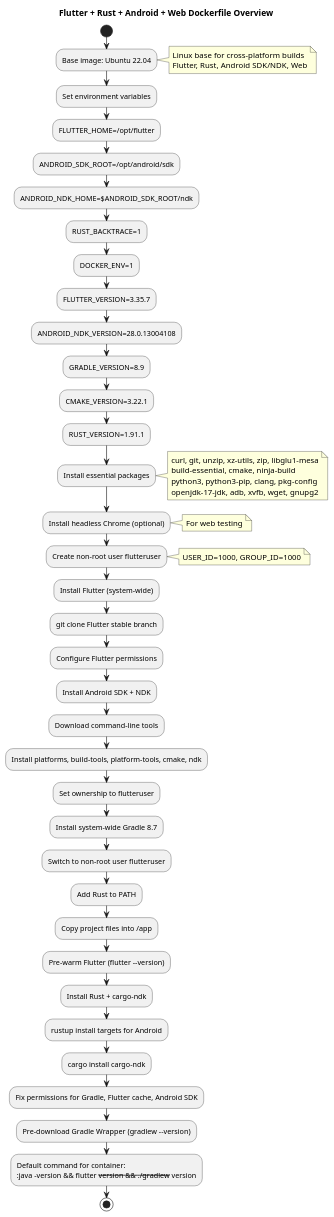
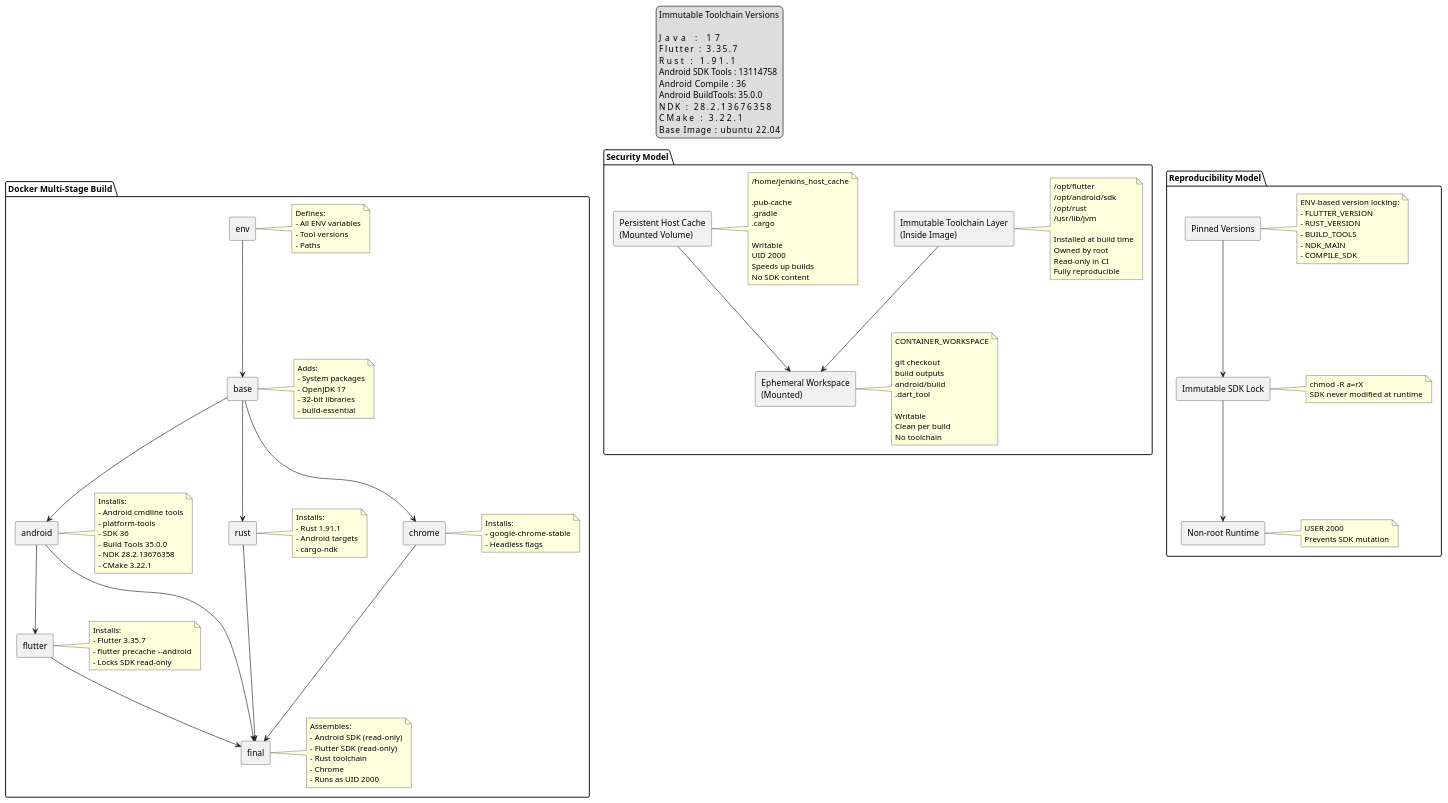
Before and after one commit to MirkoThulke/Dart_Flutter_Sudoku: the diagram in Dockerfile.puml, drawn with PlantUML. The commit also changed 28 other files, not shown here.

Commit message:
Doc: update of PlantUml

```diff
--- a/Dockerfile.puml
+++ b/Dockerfile.puml
@@ -1,88 +1,190 @@
 @startuml
-title Flutter + Rust + Android + Web Dockerfile Overview
 
-start
+skinparam componentStyle rectangle
+skinparam shadowing false
+skinparam nodesep 60
+skinparam ranksep 80
 
-:Base image: Ubuntu 22.04;
-note right
-Linux base for cross-platform builds
-Flutter, Rust, Android SDK/NDK, Web
-end note
+top to bottom direction
 
-' ----------------------------------------
-:Set environment variables;
-:FLUTTER_HOME=/opt/flutter;
-:ANDROID_SDK_ROOT=/opt/android/sdk;
-:ANDROID_NDK_HOME=$ANDROID_SDK_ROOT/ndk;
-:RUST_BACKTRACE=1;
-:DOCKER_ENV=1;
-' Locked versions for reproducibility
-:FLUTTER_VERSION=3.35.7;
-:ANDROID_NDK_VERSION=28.0.13004108;
-:GRADLE_VERSION=8.9;
-:CMAKE_VERSION=3.22.1;
-:RUST_VERSION=1.91.1;
+legend top
+Immutable Toolchain Versions
 
-' ----------------------------------------
-:Install essential packages;
-note right
-curl, git, unzip, xz-utils, zip, libglu1-mesa
-build-essential, cmake, ninja-build
-python3, python3-pip, clang, pkg-config
-openjdk-17-jdk, adb, xvfb, wget, gnupg2
-end note
+Java              : 17
+Flutter           : 3.35.7
+Rust              : 1.91.1
+Android SDK Tools : 13114758
+Android Compile   : 36
+Android BuildTools: 35.0.0
+NDK               : 28.2.13676358
+CMake             : 3.22.1
+Base Image        : ubuntu 22.04
+endlegend
 
-' ----------------------------------------
-:Install headless Chrome (optional);
-note right
-For web testing
-end note
 
-' ----------------------------------------
-:Create non-root user flutteruser;
-note right
-USER_ID=1000, GROUP_ID=1000
-end note
+' ============================================================
+' MULTI-STAGE BUILD MODEL
+' ============================================================
 
-' ----------------------------------------
-:Install Flutter (system-wide);
-:git clone Flutter stable branch;
-:Configure Flutter permissions;
+package "Docker Multi-Stage Build" {
 
-' ----------------------------------------
-:Install Android SDK + NDK;
-:Download command-line tools;
-:Install platforms, build-tools, platform-tools, cmake, ndk;
-:Set ownership to flutteruser;
+  component env
+  note right of env
+    Defines:
+    - All ENV variables
+    - Tool versions
+    - Paths
+  end note
 
-' ----------------------------------------
-:Install system-wide Gradle 8.7;
+  component base
+  note right of base
+    Adds:
+    - System packages
+    - OpenJDK 17
+    - 32-bit libraries
+    - build-essential
+  end note
 
-' ----------------------------------------
-:Switch to non-root user flutteruser;
-:Add Rust to PATH;
+  component android
+  note right of android
+    Installs:
+    - Android cmdline tools
+    - platform-tools
+    - SDK 36
+    - Build Tools 35.0.0
+    - NDK 28.2.13676358
+    - CMake 3.22.1
+  end note
 
-' ----------------------------------------
-:Copy project files into /app;
+  component flutter
+  note right of flutter
+    Installs:
+    - Flutter 3.35.7
+    - flutter precache --android
+    - Locks SDK read-only
+  end note
 
-' ----------------------------------------
-:Pre-warm Flutter (flutter --version);
+  component rust
+  note right of rust
+    Installs:
+    - Rust 1.91.1
+    - Android targets
+    - cargo-ndk
+  end note
 
-' ----------------------------------------
-:Install Rust + cargo-ndk;
-:rustup install targets for Android;
-:cargo install cargo-ndk;
+  component chrome
+  note right of chrome
+    Installs:
+    - google-chrome-stable
+    - Headless flags
+  end note
 
-' ----------------------------------------
-:Fix permissions for Gradle, Flutter cache, Android SDK;
+  component final
+  note right of final
+    Assembles:
+    - Android SDK (read-only)
+    - Flutter SDK (read-only)
+    - Rust toolchain
+    - Chrome
+    - Runs as UID 2000
+  end note
 
-' ----------------------------------------
-:Pre-download Gradle Wrapper (gradlew --version);
+}
 
-' ----------------------------------------
-:Default command for container:
-:java -version && flutter --version && ./gradlew --version;
+env --> base
+base --> android
+android --> flutter
+base --> rust
+base --> chrome
+flutter --> final
+android --> final
+rust --> final
+chrome --> final
 
-stop
+
+' ============================================================
+' SECURITY MODEL
+' ============================================================
+
+package "Security Model" {
+
+  component "Immutable Toolchain Layer\n(Inside Image)" as TOOLCHAIN
+  note right of TOOLCHAIN
+    /opt/flutter
+    /opt/android/sdk
+    /opt/rust
+    /usr/lib/jvm
+
+    Installed at build time
+    Owned by root
+    Read-only in CI
+    Fully reproducible
+  end note
+
+  component "Persistent Host Cache\n(Mounted Volume)" as CACHE
+  note right of CACHE
+    /home/jenkins_host_cache
+
+    .pub-cache
+    .gradle
+    .cargo
+
+    Writable
+    UID 2000
+    Speeds up builds
+    No SDK content
+  end note
+
+  component "Ephemeral Workspace\n(Mounted)" as WORKSPACE
+  note right of WORKSPACE
+    CONTAINER_WORKSPACE
+
+    git checkout
+    build outputs
+    android/build
+    .dart_tool
+
+    Writable
+    Clean per build
+    No toolchain
+  end note
+}
+
+TOOLCHAIN --> WORKSPACE
+CACHE --> WORKSPACE
+
+
+' ============================================================
+' REPRODUCIBILITY MODEL
+' ============================================================
+
+package "Reproducibility Model" {
+
+  component "Pinned Versions" as PINNED
+  note right of PINNED
+    ENV-based version locking:
+    - FLUTTER_VERSION
+    - RUST_VERSION
+    - BUILD_TOOLS
+    - NDK_MAIN
+    - COMPILE_SDK
+  end note
+
+  component "Immutable SDK Lock" as SDKLOCK
+  note right of SDKLOCK
+    chmod -R a=rX
+    SDK never modified at runtime
+  end note
+
+  component "Non-root Runtime" as NONROOT
+  note right of NONROOT
+    USER 2000
+    Prevents SDK mutation
+  end note
+
+}
+
+PINNED --> SDKLOCK
+SDKLOCK --> NONROOT
 
 @enduml
```
